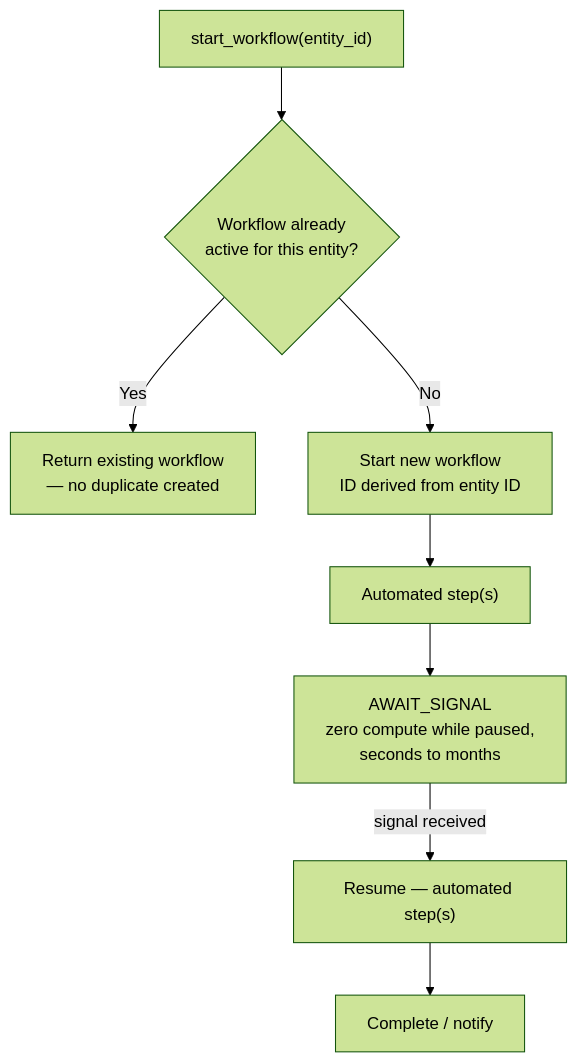
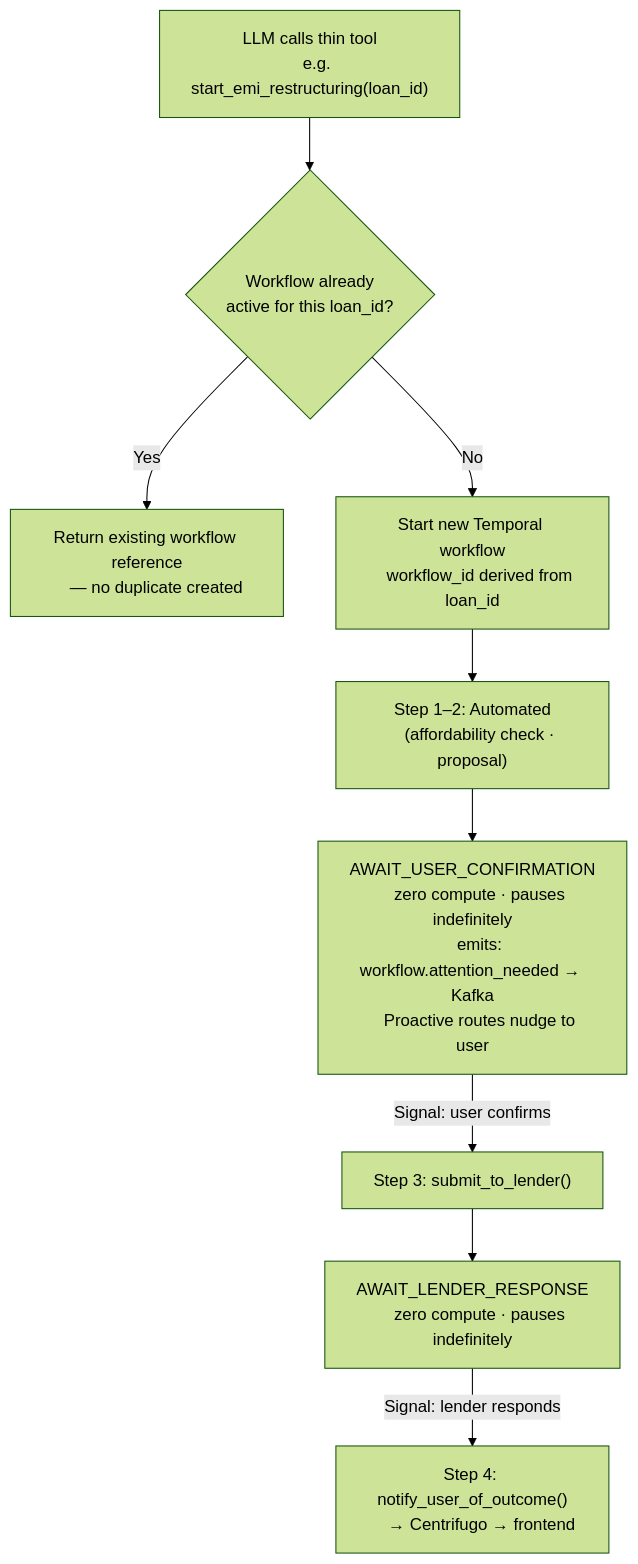
The tenth of 11 diagrams in 1. Overall Architecture/technical_architecture_HLD.md (cozmox-projects/good-score-ai-system), drawn with Mermaid (forest theme) before and after one commit. The commit also changed other lines of this file, not shown here.

Commit message:
Updated the Technical Architecture document to cleaned up version

````diff
--- a/1. Overall Architecture/technical_architecture_HLD.md
+++ b/1. Overall Architecture/technical_architecture_HLD.md
@@ -146,10 +631,21 @@
 ```mermaid
 flowchart TB
-    START["start_workflow(entity_id)"] --> CHECK{"Workflow already<br/>active for this entity?"}
-    CHECK -->|Yes| RETURN["Return existing workflow<br/>— no duplicate created"]
-    CHECK -->|No| NEW["Start new workflow<br/>ID derived from entity ID"]
-    NEW --> S1["Automated step(s)"]
-    S1 --> WAIT["AWAIT_SIGNAL<br/>zero compute while paused,<br/>seconds to months"]
-    WAIT -->|signal received| S2["Resume — automated step(s)"]
-    S2 --> DONE["Complete / notify"]
+    START["LLM calls thin tool
+    e.g. start_emi_restructuring(loan_id)"] --> CHECK{"Workflow already
+    active for this loan_id?"}
+    CHECK -->|Yes| RETURN["Return existing workflow reference
+    — no duplicate created"]
+    CHECK -->|No| NEW["Start new Temporal workflow
+    workflow_id derived from loan_id"]
+    NEW --> S1["Step 1–2: Automated
+    (affordability check · proposal)"]
+    S1 --> WAIT1["AWAIT_USER_CONFIRMATION
+    zero compute · pauses indefinitely
+    emits: workflow.attention_needed → Kafka
+    Proactive routes nudge to user"]
+    WAIT1 -->|"Signal: user confirms"| S2["Step 3: submit_to_lender()"]
+    S2 --> WAIT2["AWAIT_LENDER_RESPONSE
+    zero compute · pauses indefinitely"]
+    WAIT2 -->|"Signal: lender responds"| S3["Step 4: notify_user_of_outcome()
+    → Centrifugo → frontend"]
 ```
````
